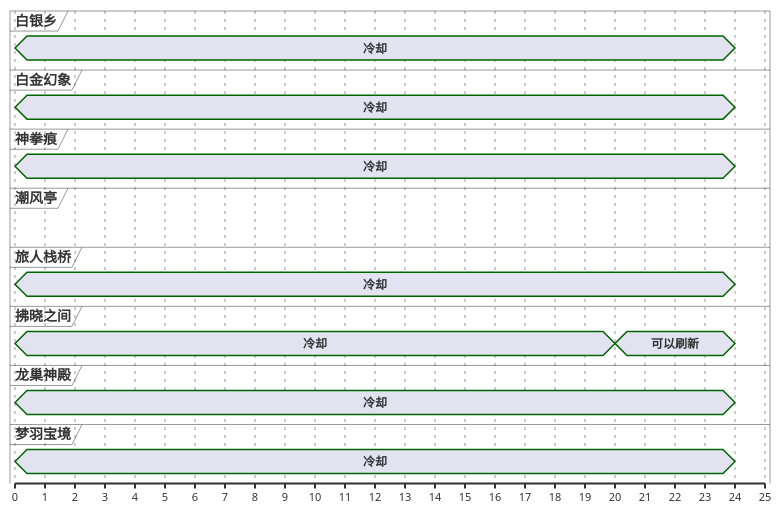
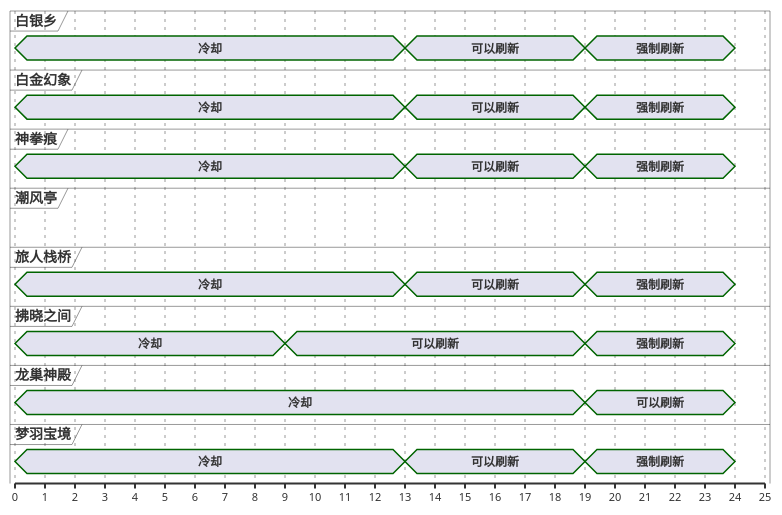
One commit to Eroleice/doc-pi changed the second of 13 diagrams in ffxiv/hunt/2.0/Croque-mitaine.md. Above: the diagram before and after it, drawn with PlantUML. The commit also changed other lines of this file and 38 other files, not shown here.

````diff
--- a/ffxiv/hunt/2.0/Croque-mitaine.md
+++ b/ffxiv/hunt/2.0/Croque-mitaine.md
@@ -89,44 +98,56 @@
 ```plantuml
 @startuml
 scale 1 as 30 pixels
 
 concise 白银乡
 concise 白金幻象
 concise 神拳痕
 concise 潮风亭
 concise 旅人栈桥
 concise 拂晓之间
 concise 龙巢神殿
 concise 梦羽宝境
 
 @拂晓之间
 0 is 冷却
-20 is 可以刷新
+9 is 可以刷新
+19 is 强制刷新
 24 is {hidden}
 
 @旅人栈桥
 0 is 冷却
+13 is 可以刷新
+19 is 强制刷新
 24 is {hidden}
 
 @神拳痕
 0 is 冷却
+13 is 可以刷新
+19 is 强制刷新
 24 is {hidden}
 
 @白金幻象
 0 is 冷却
+13 is 可以刷新
+19 is 强制刷新
 24 is {hidden}
 
 @白银乡
 0 is 冷却
+13 is 可以刷新
+19 is 强制刷新
 24 is {hidden}
 
 @梦羽宝境
 0 is 冷却
+13 is 可以刷新
+19 is 强制刷新
 24 is {hidden}
 
 @龙巢神殿
 0 is 冷却
+19 is 可以刷新
 24 is {hidden}
 
 @enduml
 ```
````
